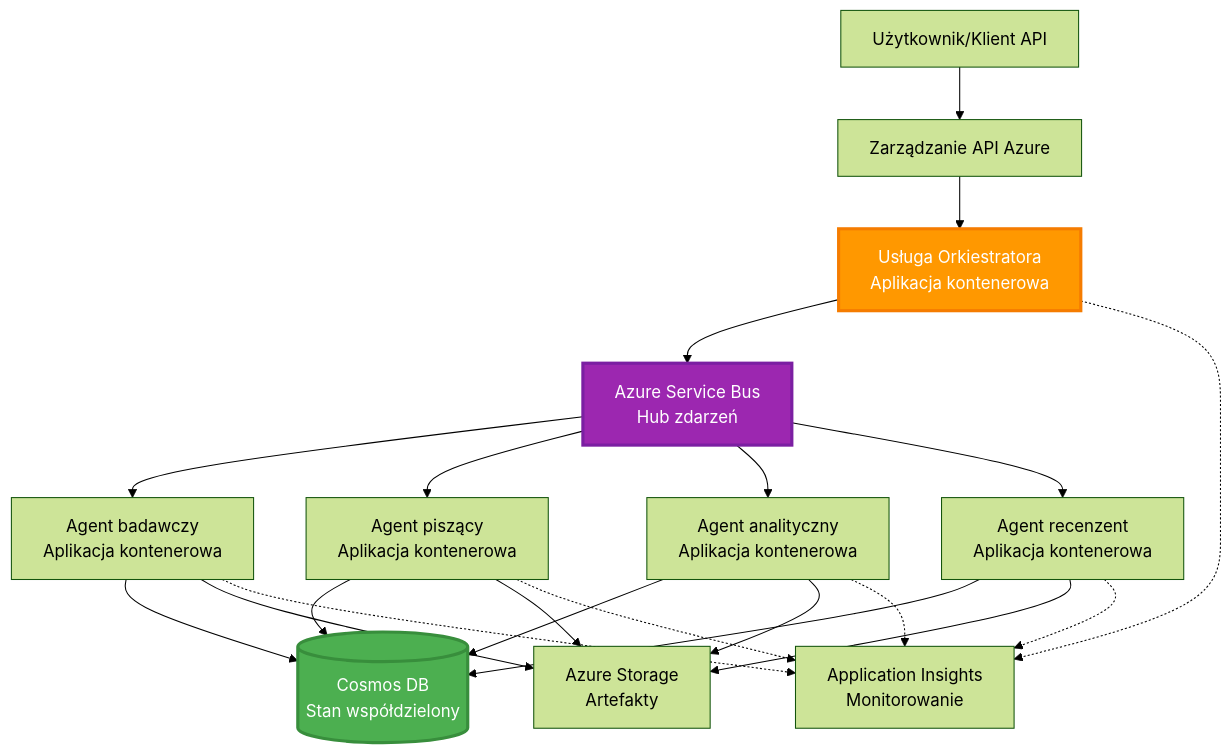
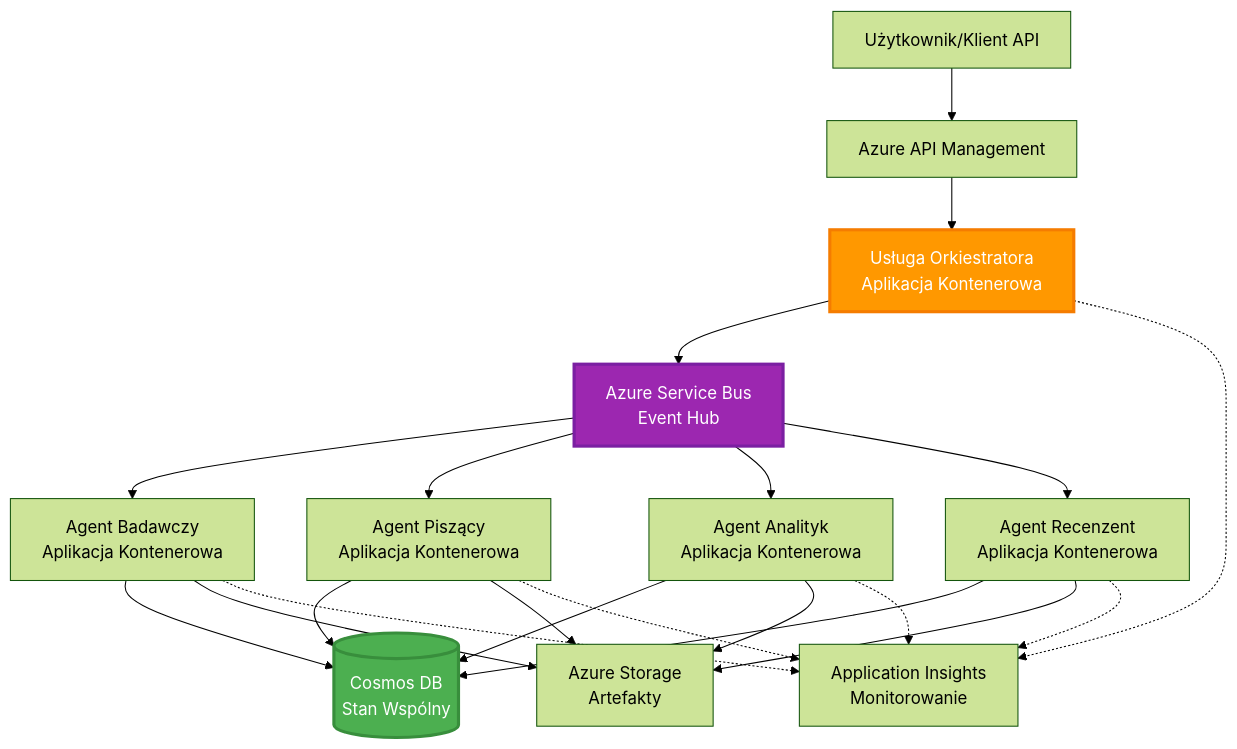
The sixth of 6 diagrams in translations/pl/docs/chapter-06-pre-deployment/coordination-patterns.md (microsoft/AZD-for-beginners), drawn with Mermaid (forest theme) before and after one commit. The commit also changed other lines of this file and 101 other files, not shown here.

````diff
--- a/translations/pl/docs/chapter-06-pre-deployment/coordination-patterns.md
+++ b/translations/pl/docs/chapter-06-pre-deployment/coordination-patterns.md
@@ -271,45 +265,45 @@
 ```mermaid
 graph TB
     User[Użytkownik/Klient API]
-    APIM[Zarządzanie API Azure]
-    Orchestrator[Usługa Orkiestratora<br/>Aplikacja kontenerowa]
-    ServiceBus[Azure Service Bus<br/>Hub zdarzeń]
+    APIM[Azure API Management]
+    Orchestrator[Usługa Orkiestratora<br/>Aplikacja Kontenerowa]
+    ServiceBus[Azure Service Bus<br/>Event Hub]
     
-    Agent1[Agent badawczy<br/>Aplikacja kontenerowa]
-    Agent2[Agent piszący<br/>Aplikacja kontenerowa]
-    Agent3[Agent analityczny<br/>Aplikacja kontenerowa]
-    Agent4[Agent recenzent<br/>Aplikacja kontenerowa]
+    Agent1[Agent Badawczy<br/>Aplikacja Kontenerowa]
+    Agent2[Agent Piszący<br/>Aplikacja Kontenerowa]
+    Agent3[Agent Analityk<br/>Aplikacja Kontenerowa]
+    Agent4[Agent Recenzent<br/>Aplikacja Kontenerowa]
     
-    CosmosDB[(Cosmos DB<br/>Stan współdzielony)]
+    CosmosDB[(Cosmos DB<br/>Stan Wspólny)]
     Storage[Azure Storage<br/>Artefakty]
     AppInsights[Application Insights<br/>Monitorowanie]
     
     User --> APIM
     APIM --> Orchestrator
     
     Orchestrator --> ServiceBus
     ServiceBus --> Agent1
     ServiceBus --> Agent2
     ServiceBus --> Agent3
     ServiceBus --> Agent4
     
     Agent1 --> CosmosDB
     Agent2 --> CosmosDB
     Agent3 --> CosmosDB
     Agent4 --> CosmosDB
     
     Agent1 --> Storage
     Agent2 --> Storage
     Agent3 --> Storage
     Agent4 --> Storage
     
     Orchestrator -.-> AppInsights
     Agent1 -.-> AppInsights
     Agent2 -.-> AppInsights
     Agent3 -.-> AppInsights
     Agent4 -.-> AppInsights
     
     style Orchestrator fill:#FF9800,stroke:#F57C00,stroke-width:3px,color:#fff
     style ServiceBus fill:#9C27B0,stroke:#7B1FA2,stroke-width:3px,color:#fff
     style CosmosDB fill:#4CAF50,stroke:#388E3C,stroke-width:3px,color:#fff
 ```
````
